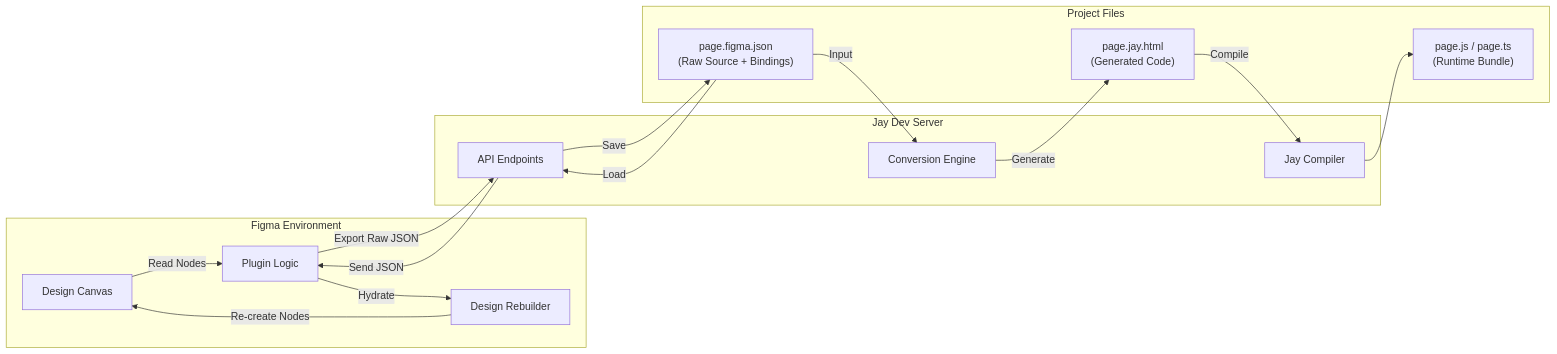
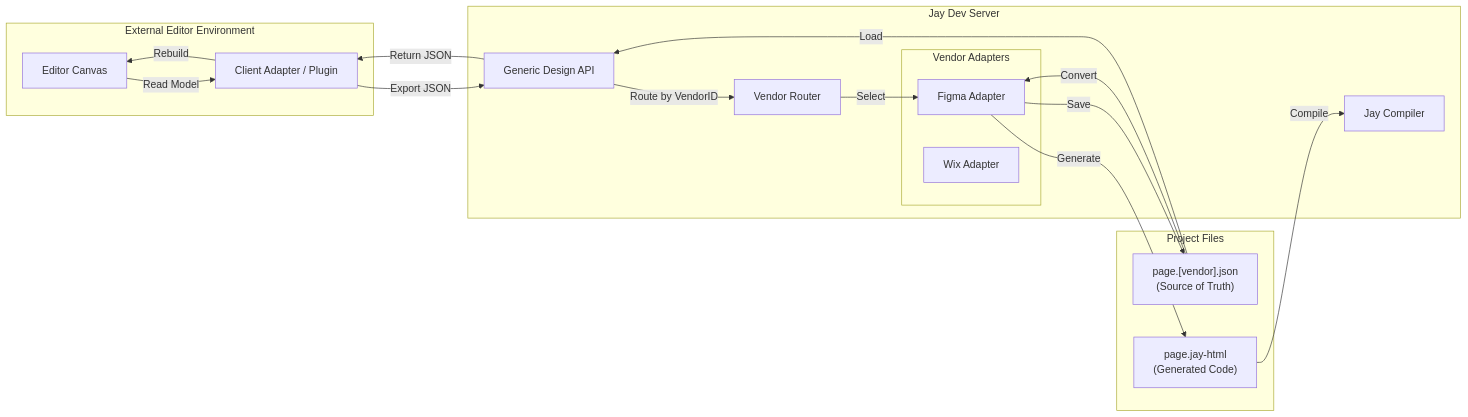
The diagram in design-log/59 - Server-Side Figma Conversion and Bi-directional Sync.md (jay-framework/jay), drawn with Mermaid before and after one commit. The commit also changed other lines of this file and 6 other files, not shown here.

Commit message:
design logs with architecture and high level implmemtation plan about vendors - dev server protocol for export\import design <-> jay-html

````diff
--- a/design-log/59 - Server-Side Figma Conversion and Bi-directional Sync.md
+++ b/design-log/59 - Server-Side Figma Conversion and Bi-directional Sync.md
@@ -18,36 +21,37 @@
 ```mermaid
 graph LR
-    subgraph FigmaEnv [Figma Environment]
-        Canvas[Design Canvas]
-        PluginLogic[Plugin Logic]
-        Rebuilder[Design Rebuilder]
+    subgraph EditorEnv [External Editor Environment]
+        EditorCanvas[Editor Canvas]
+        ClientAdapter[Client Adapter / Plugin]
     end
 
     subgraph DevServer [Jay Dev Server]
-        API[API Endpoints]
-        Converter[Conversion Engine]
+        API[Generic Design API]
+        Router[Vendor Router]
+        subgraph Adapters [Vendor Adapters]
+            FigmaAdapter[Figma Adapter]
+            WixAdapter[Wix Adapter]
+        end
         Compiler[Jay Compiler]
     end
 
     subgraph FileSystem [Project Files]
-        RawData["page.figma.json\n(Raw Source + Bindings)"]
-        JaySource["page.jay.html\n(Generated Code)"]
-        CompiledOutput["page.js / page.ts\n(Runtime Bundle)"]
+        RawData["page.[vendor].json\n(Source of Truth)"]
+        JaySource["page.jay-html\n(Generated Code)"]
     end
 
     %% Export Flow
-    Canvas -->|Read Nodes| PluginLogic
-    PluginLogic -->|Export Raw JSON| API
-    API -->|Save| RawData
-    RawData -->|Input| Converter
-    Converter -->|Generate| JaySource
+    EditorCanvas -->|Read Model| ClientAdapter
+    ClientAdapter -->|Export JSON| API
+    API -->|Route by VendorID| Router
+    Router -->|Select| FigmaAdapter
+    FigmaAdapter -->|Save| RawData
+    RawData -->|Convert| FigmaAdapter
+    FigmaAdapter -->|Generate| JaySource
     JaySource -->|Compile| Compiler
-    Compiler --> CompiledOutput
 
-    %% Import/Restore Flow
+    %% Import Flow
     RawData -->|Load| API
-    API -->|Send JSON| PluginLogic
-    PluginLogic -->|Hydrate| Rebuilder
-    Rebuilder -->|Re-create Nodes| Canvas
-    
+    API -->|Return JSON| ClientAdapter
+    ClientAdapter -->|Rebuild| EditorCanvas
 ```
````
